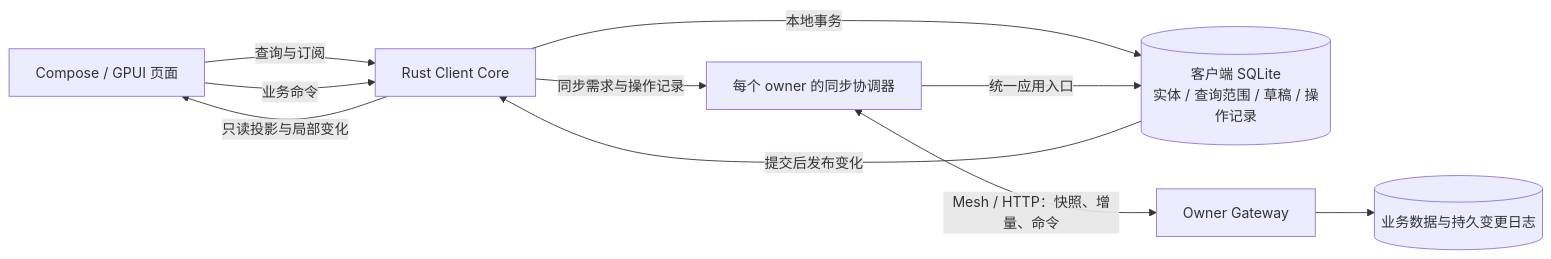
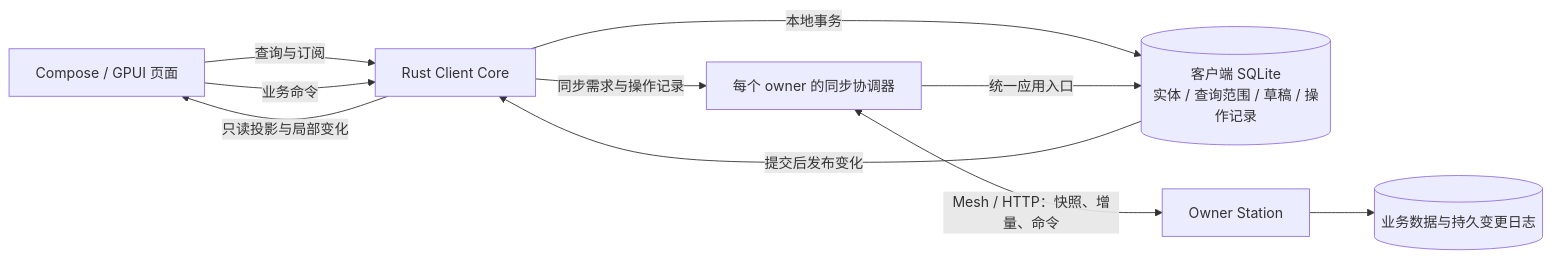
The diagram in docs/client-data-sync.md (HOOLC/open-worker), drawn with Mermaid before and after one commit. The commit also changed other lines of this file and 195 other files, not shown here.

Commit message:
Rename Gateway to Station and refresh Zork project identity

````diff
--- a/docs/client-data-sync.md
+++ b/docs/client-data-sync.md
@@ -63,12 +63,12 @@
 ```mermaid
 flowchart LR
     U[Compose / GPUI 页面] -->|查询与订阅| C[Rust Client Core]
     U -->|业务命令| C
     C -->|本地事务| D[(客户端 SQLite\n实体 / 查询范围 / 草稿 / 操作记录)]
     D -->|提交后发布变化| C
     C -->|只读投影与局部变化| U
     S[每个 owner 的同步协调器] -->|统一应用入口| D
     C -->|同步需求与操作记录| S
-    S <-->|Mesh / HTTP：快照、增量、命令| G[Owner Gateway]
+    S <-->|Mesh / HTTP：快照、增量、命令| G[Owner Station]
     G --> A[(业务数据与持久变更日志)]
 ```
````
